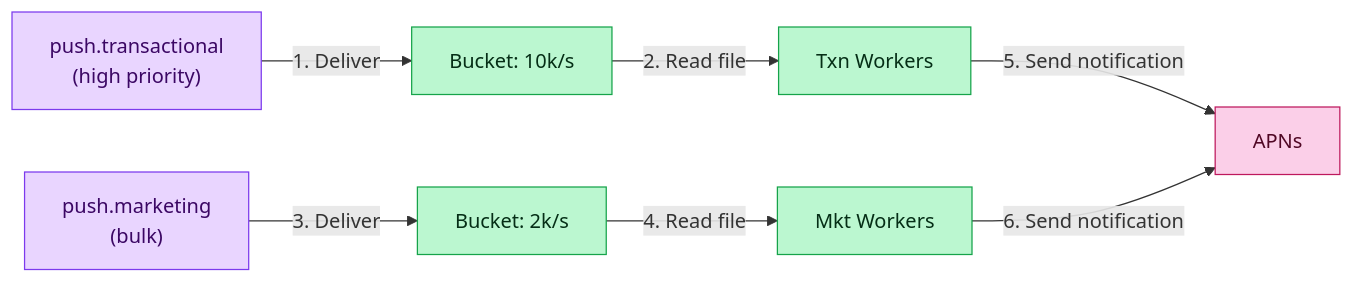
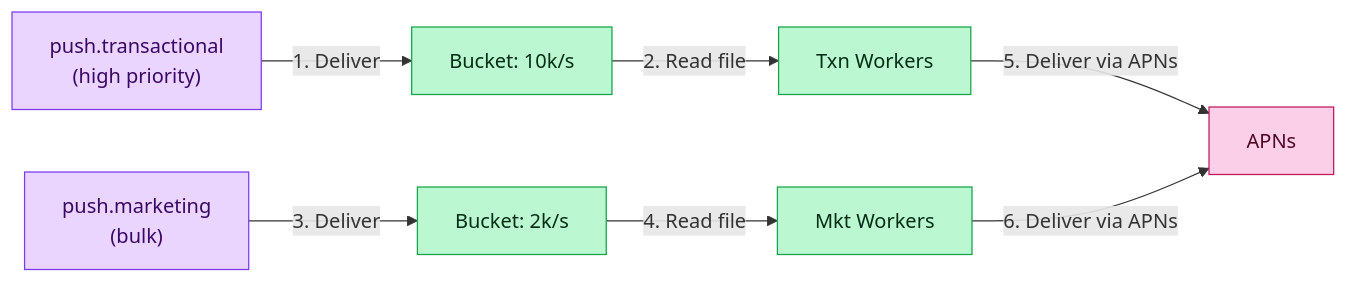
Before and after one commit to iluzn/HLD-Designs: the seventh of 16 diagrams in content/hld/NotificationSystem.md, drawn with Mermaid. The commit also changed other lines of this file and 27 other files, not shown here.

````diff
--- a/content/hld/NotificationSystem.md
+++ b/content/hld/NotificationSystem.md
@@ -568,21 +568,21 @@
 ```mermaid
 flowchart LR
     KAFKA1["push.transactional<br/>(high priority)"]:::async
     KAFKA2["push.marketing<br/>(bulk)"]:::async
     BUCKET1["Bucket: 10k/s"]:::service
     BUCKET2["Bucket: 2k/s"]:::service
     WORKERS1["Txn Workers"]:::service
     WORKERS2["Mkt Workers"]:::service
     APNS["APNs"]:::external
 
     KAFKA1 -->|"1. Deliver"| BUCKET1
     BUCKET1 -->|"2. Read file"| WORKERS1
     KAFKA2 -->|"3. Deliver"| BUCKET2
     BUCKET2 -->|"4. Read file"| WORKERS2
-    WORKERS1 -->|"5. Send notification"| APNS
-    WORKERS2 -->|"6. Send notification"| APNS
+    WORKERS1 -->|"5. Deliver via APNs"| APNS
+    WORKERS2 -->|"6. Deliver via APNs"| APNS
 
     classDef service fill:#bbf7d0,stroke:#16a34a,color:#052e16
     classDef async fill:#e9d5ff,stroke:#7c3aed,color:#3b0764
     classDef external fill:#fbcfe8,stroke:#be185d,color:#500724
 ```
````
